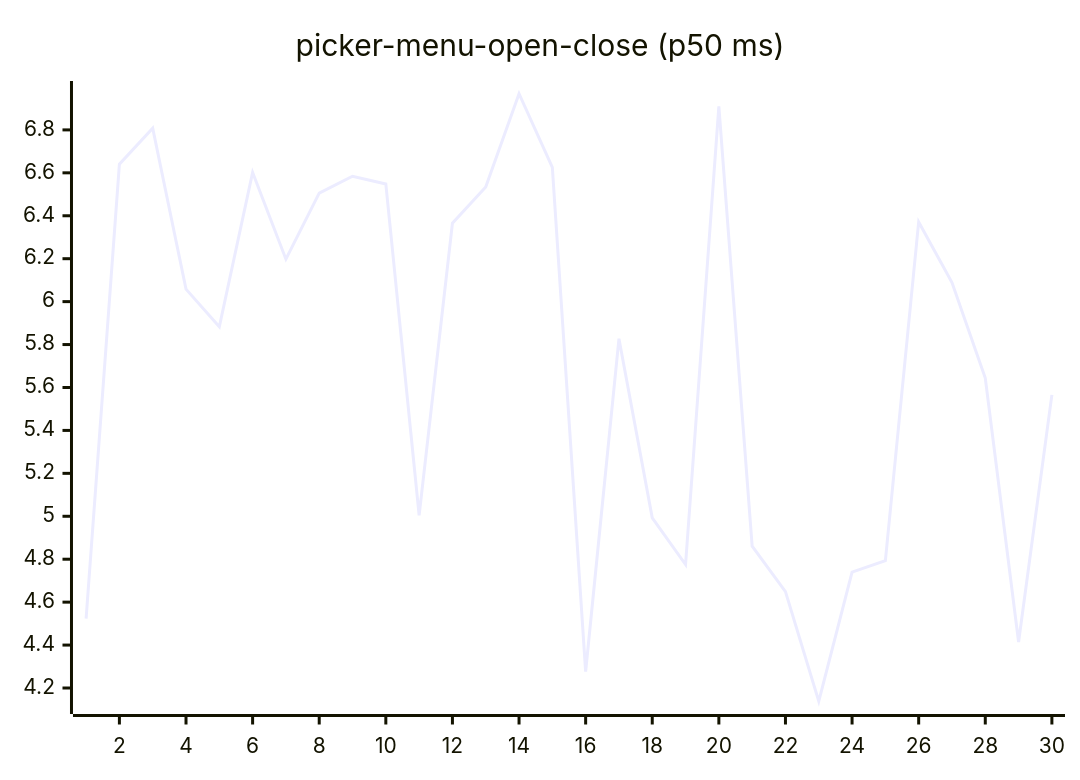
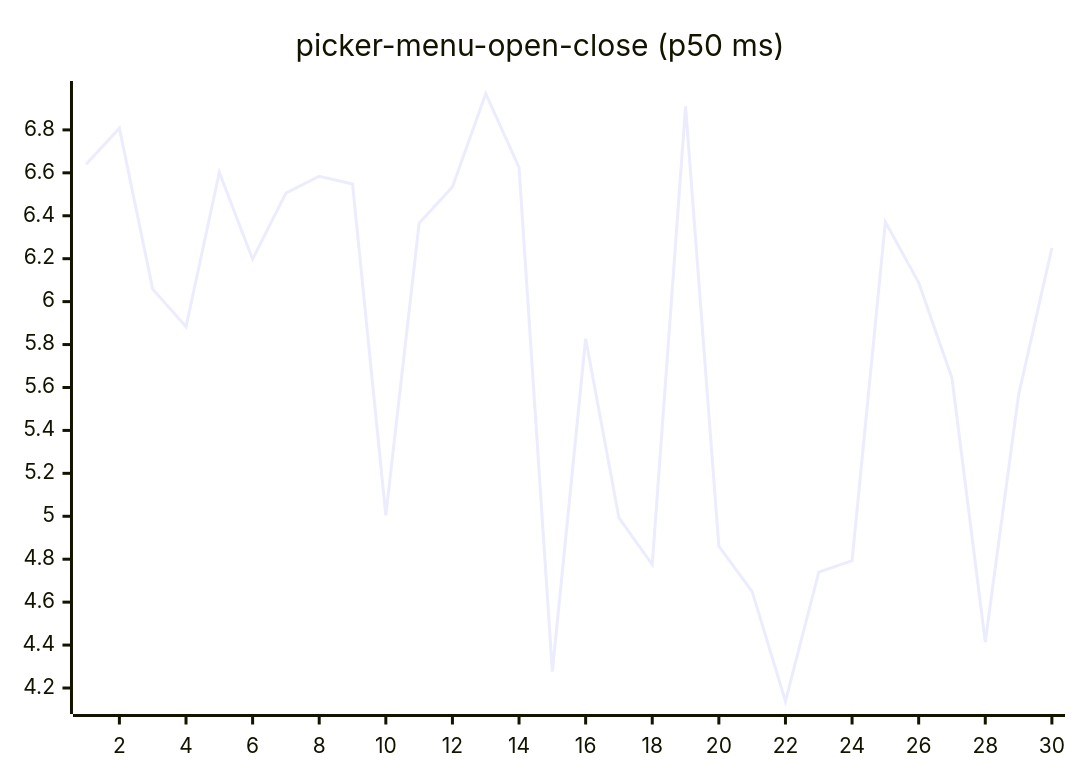
Diagram 16 of 27 in README.md (josha/Facet), drawn with Mermaid before and after one commit. The commit also changed other lines of this file and 2 other files, not shown here.

````diff
--- a/README.md
+++ b/README.md
@@ -168,6 +168,6 @@
 ```mermaid
 xychart-beta
     title "picker-menu-open-close (p50 ms)"
     x-axis 1 --> 30
-    line [4.5232, 6.6400, 6.8077, 6.0581, 5.8829, 6.6018, 6.1978, 6.5053, 6.5840, 6.5483, 5.0039, 6.3653, 6.5343, 6.9684, 6.6249, 4.2762, 5.8275, 4.9929, 4.7749, 6.9094, 4.8605, 4.6493, 4.1383, 4.7397, 4.7934, 6.3713, 6.0885, 5.6440, 4.4145, 5.5656]
+    line [6.6400, 6.8077, 6.0581, 5.8829, 6.6018, 6.1978, 6.5053, 6.5840, 6.5483, 5.0039, 6.3653, 6.5343, 6.9684, 6.6249, 4.2762, 5.8275, 4.9929, 4.7749, 6.9094, 4.8605, 4.6493, 4.1383, 4.7397, 4.7934, 6.3713, 6.0885, 5.6440, 4.4145, 5.5656, 6.2500]
 ```
````
